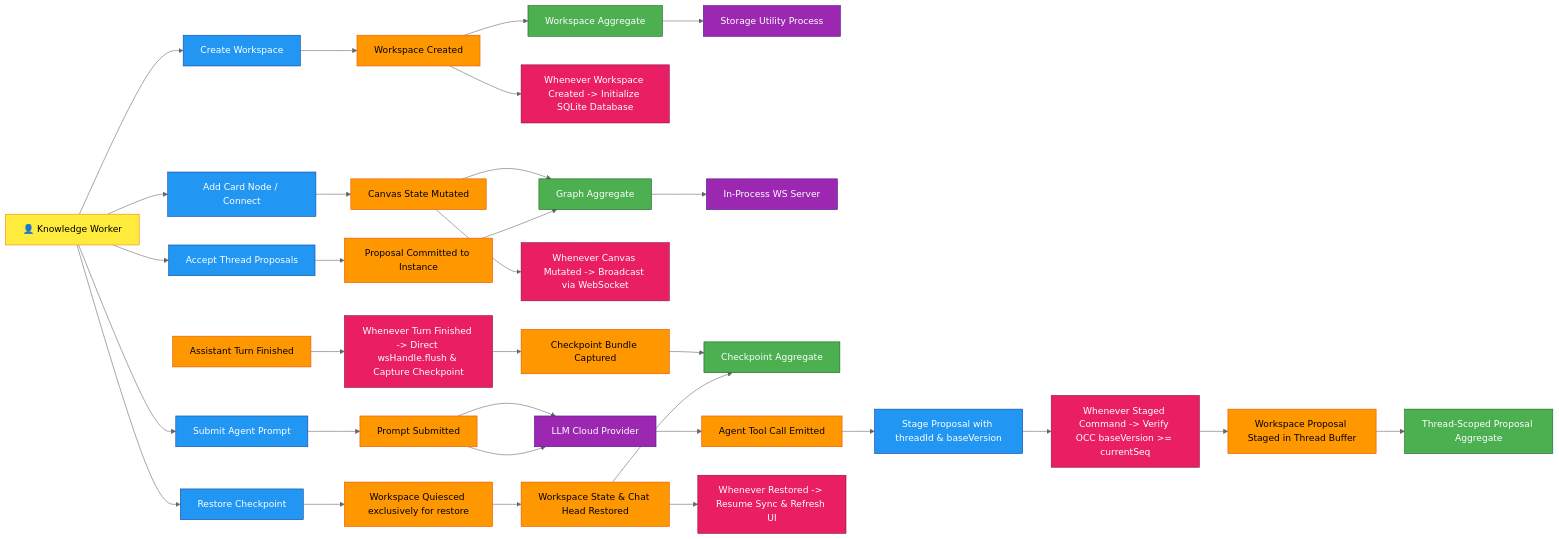
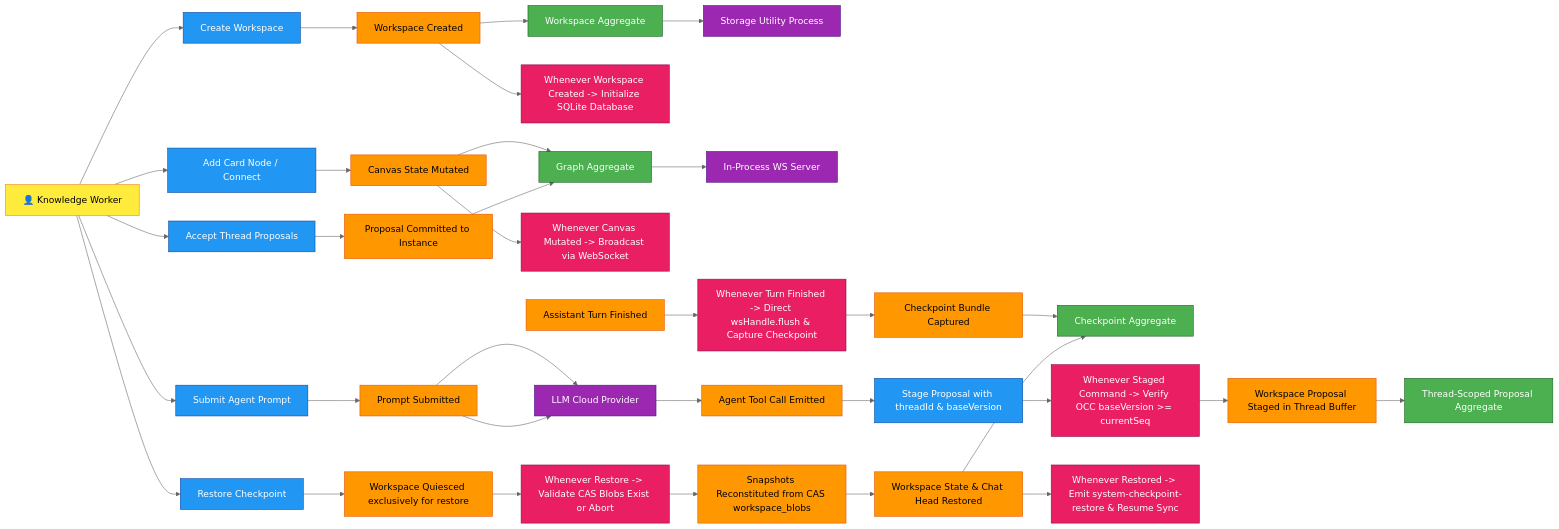
One commit to Goldwaterfung/Collaragent changed the diagram in docs/design-catalog/c1-context/big-picture-events.mmd. Above: the diagram before and after it, drawn with Mermaid (neutral theme). The commit also changed 536 other files, not shown here.

Commit message:
ci: update graph and document sync system

```diff
--- a/docs/design-catalog/c1-context/big-picture-events.mmd
+++ b/docs/design-catalog/c1-context/big-picture-events.mmd
@@ -1,88 +1,92 @@
 flowchart LR
     %% EventStorming Semantic Styling
     classDef event fill:#ff9800,stroke:#e65100,color:#000
     classDef command fill:#2196f3,stroke:#0d47a1,color:#fff
     classDef actor fill:#ffeb3b,stroke:#f57f17,color:#000
     classDef system fill:#9c27b0,stroke:#4a148c,color:#fff
     classDef aggregate fill:#4caf50,stroke:#1b5e20,color:#fff
     classDef policy fill:#e91e63,stroke:#880e4f,color:#fff
     classDef hotspot fill:#f44336,stroke:#b71c1c,color:#fff
 
     User[👤 Knowledge Worker]:::actor
 
     %% 1. Workspace Initialization
     CmdCreateWS[Create Workspace]:::command
     EvtWSCreated[Workspace Created]:::event
     AggWS[Workspace Aggregate]:::aggregate
     PolInitWS[Whenever Workspace Created -> Initialize SQLite Database]:::policy
     SysUtility[Storage Utility Process]:::system
 
     User --> CmdCreateWS
     CmdCreateWS --> EvtWSCreated
     EvtWSCreated --> AggWS
     AggWS --> SysUtility
     EvtWSCreated --> PolInitWS
 
     %% 2. User Editing & Visual Modeling
     CmdAddNode[Add Card Node / Connect]:::command
     EvtCanvasMutated[Canvas State Mutated]:::event
     AggGraph[Graph Aggregate]:::aggregate
     PolBroadcast[Whenever Canvas Mutated -> Broadcast via WebSocket]:::policy
     SysWSServer[In-Process WS Server]:::system
 
     User --> CmdAddNode
     CmdAddNode --> EvtCanvasMutated
     EvtCanvasMutated --> AggGraph
     AggGraph --> SysWSServer
     EvtCanvasMutated --> PolBroadcast
 
     %% 3. Agent Invocation & Turn Execution
     CmdSendPrompt[Submit Agent Prompt]:::command
     EvtPromptSent[Prompt Submitted]:::event
     SysLLM[LLM Cloud Provider]:::system
 
     User --> CmdSendPrompt
     CmdSendPrompt --> EvtPromptSent
     EvtPromptSent --> SysLLM
 
     %% 4. Post-Turn Checkpoint & Bundle Capture (Decoupled, No Global Quiesce)
     EvtTurnFinished[Assistant Turn Finished]:::event
     PolPostTurnCheck[Whenever Turn Finished -> Direct wsHandle.flush & Capture Checkpoint]:::policy
     EvtCheckSaved[Checkpoint Bundle Captured]:::event
     AggCheck[Checkpoint Aggregate]:::aggregate
 
     EvtTurnFinished --> PolPostTurnCheck
     PolPostTurnCheck --> EvtCheckSaved
     EvtCheckSaved --> AggCheck
 
     %% 5. Agent Tool Execution & Thread-Segregated Staged Proposals
     EvtPromptSent --> SysLLM
     SysLLM --> EvtToolCalled[Agent Tool Call Emitted]:::event
     CmdStageProp[Stage Proposal with threadId & baseVersion]:::command
     PolOCC[Whenever Staged Command -> Verify OCC baseVersion >= currentSeq]:::policy
     EvtPropStaged[Workspace Proposal Staged in Thread Buffer]:::event
     AggProposal[Thread-Scoped Proposal Aggregate]:::aggregate
 
     EvtToolCalled --> CmdStageProp
     CmdStageProp --> PolOCC
     PolOCC --> EvtPropStaged
     EvtPropStaged --> AggProposal
 
     %% 6. Thread-Scoped Proposal Acceptance & Commit
     CmdAccept[Accept Thread Proposals]:::command
     EvtPropCommitted[Proposal Committed to Instance]:::event
     User --> CmdAccept
     CmdAccept --> EvtPropCommitted
     EvtPropCommitted --> AggGraph
 
-    %% 7. Time-Travel Restore (Exclusive Quiesce)
+    %% 7. Time-Travel Restore (Exclusive Quiesce & Fail-Closed CAS Hydration)
     CmdRestore[Restore Checkpoint]:::command
     EvtQuiesced[Workspace Quiesced exclusively for restore]:::event
+    PolFailClosed[Whenever Restore -> Validate CAS Blobs Exist or Abort]:::policy
+    EvtCASResolved[Snapshots Reconstituted from CAS workspace_blobs]:::event
     EvtStateRestored[Workspace State & Chat Head Restored]:::event
-    PolResume[Whenever Restored -> Resume Sync & Refresh UI]:::policy
+    PolResume[Whenever Restored -> Emit system-checkpoint-restore & Resume Sync]:::policy
 
     User --> CmdRestore
     CmdRestore --> EvtQuiesced
-    EvtQuiesced --> EvtStateRestored
+    EvtQuiesced --> PolFailClosed
+    PolFailClosed --> EvtCASResolved
+    EvtCASResolved --> EvtStateRestored
     EvtStateRestored --> AggCheck
     EvtStateRestored --> PolResume
```
